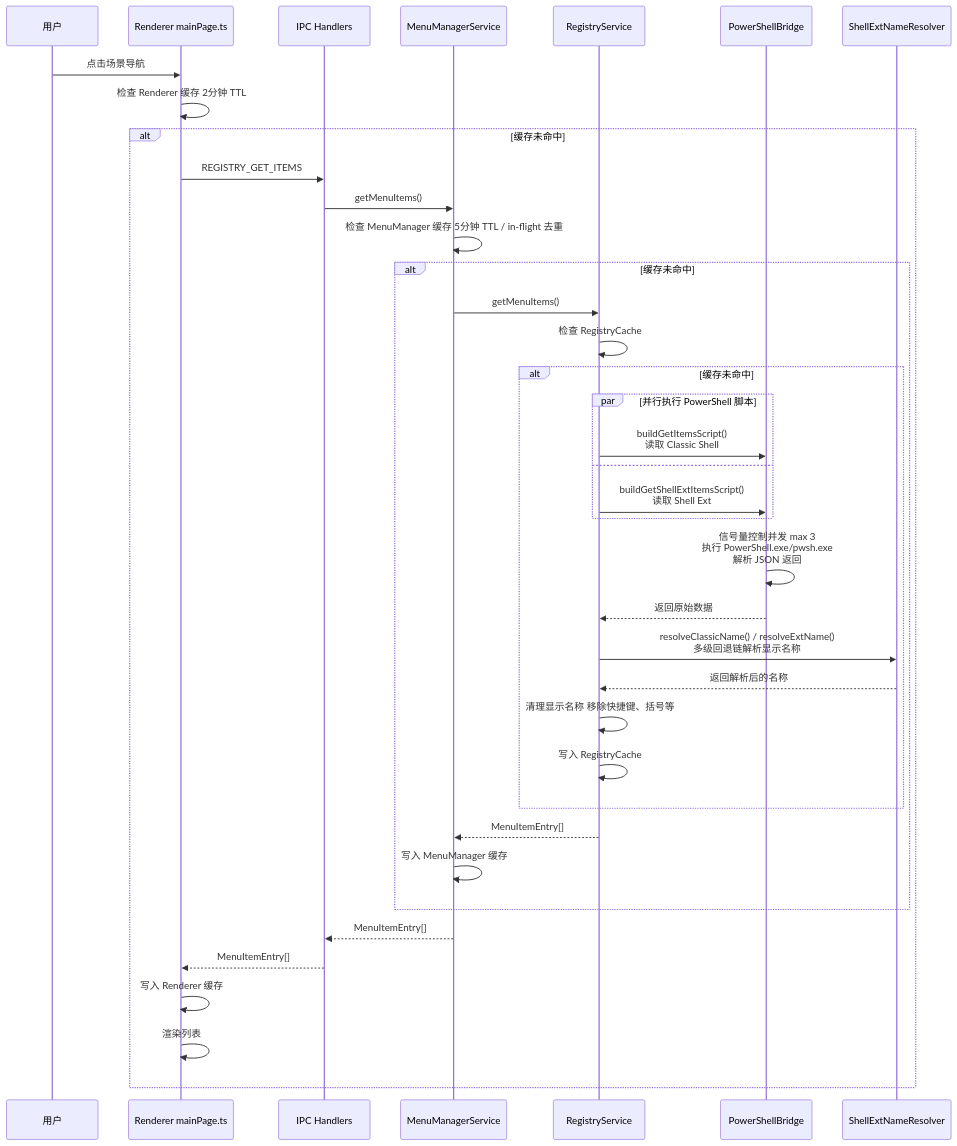
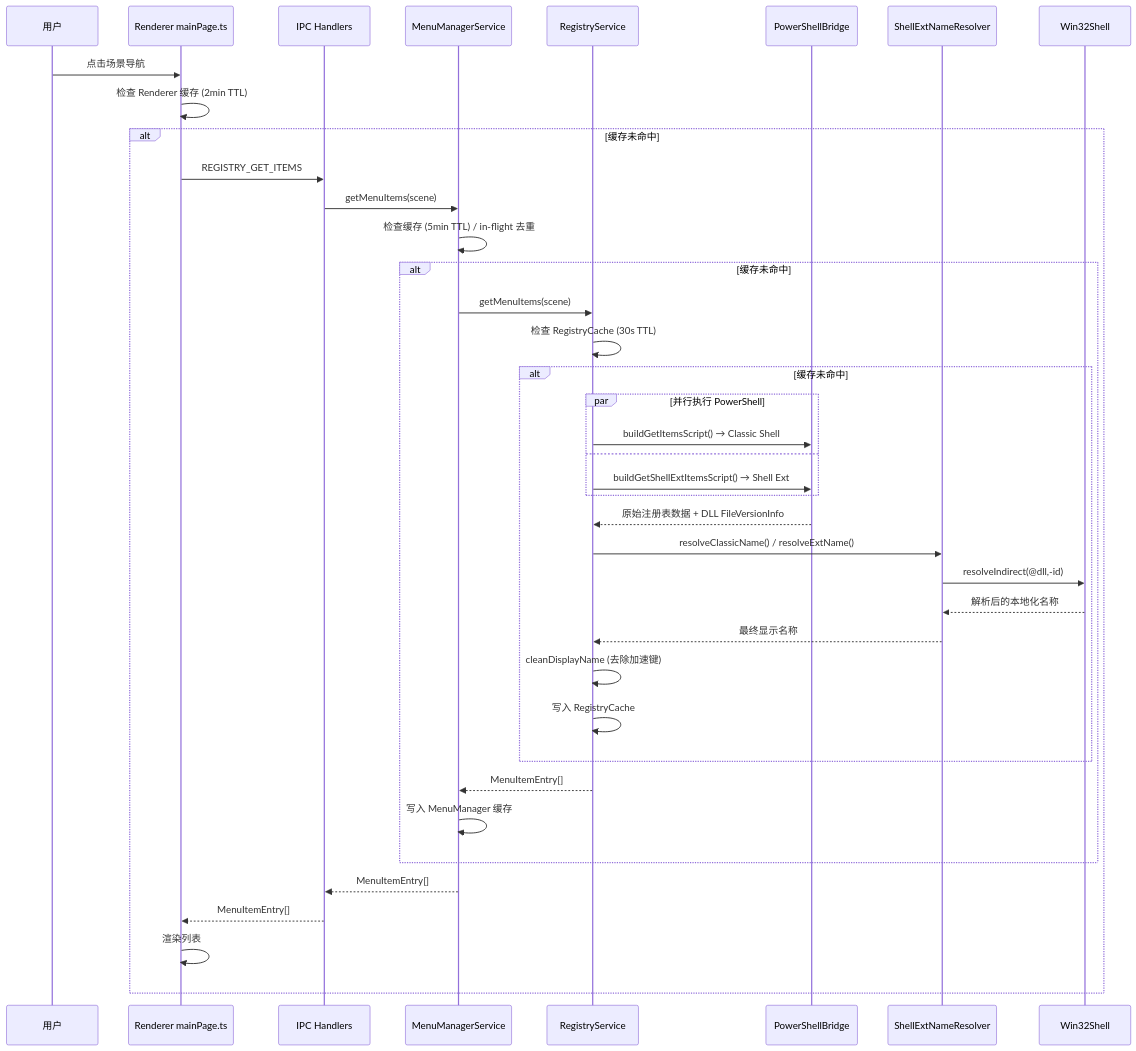
One commit to tzzs/ContextMaster changed the second of 2 diagrams in docs/context-menu-parsing-logic.md. Above: the diagram before and after it, drawn with Mermaid. The commit also changed other lines of this file, not shown here.

First line of the commit message:
docs: 全面更新 context-menu-parsing-logic.md 与当前实现对齐

````diff
--- a/docs/context-menu-parsing-logic.md
+++ b/docs/context-menu-parsing-logic.md
@@ -33,41 +35,42 @@
 ```mermaid
 sequenceDiagram
     participant User as 用户
     participant R as Renderer mainPage.ts
     participant I as IPC Handlers
     participant M as MenuManagerService
     participant S as RegistryService
     participant P as PowerShellBridge
     participant N as ShellExtNameResolver
+    participant W as Win32Shell
 
     User->>R: 点击场景导航
-    R->>R: 检查 Renderer 缓存 2分钟 TTL
+    R->>R: 检查 Renderer 缓存 (2min TTL)
     alt 缓存未命中
         R->>I: REGISTRY_GET_ITEMS
-        I->>M: getMenuItems()
-        M->>M: 检查 MenuManager 缓存 5分钟 TTL / in-flight 去重
+        I->>M: getMenuItems(scene)
+        M->>M: 检查缓存 (5min TTL) / in-flight 去重
         alt 缓存未命中
-            M->>S: getMenuItems()
-            S->>S: 检查 RegistryCache
+            M->>S: getMenuItems(scene)
+            S->>S: 检查 RegistryCache (30s TTL)
             alt 缓存未命中
-                par 并行执行 PowerShell 脚本
-                    S->>P: buildGetItemsScript()<br/>读取 Classic Shell
+                par 并行执行 PowerShell
+                    S->>P: buildGetItemsScript() → Classic Shell
                 and
-                    S->>P: buildGetShellExtItemsScript()<br/>读取 Shell Ext
+                    S->>P: buildGetShellExtItemsScript() → Shell Ext
                 end
-                P->>P: 信号量控制并发 max 3<br/>执行 PowerShell.exe/pwsh.exe<br/>解析 JSON 返回
-                P-->>S: 返回原始数据
-                S->>N: resolveClassicName() / resolveExtName()<br/>多级回退链解析显示名称
-                N-->>S: 返回解析后的名称
-                S->>S: 清理显示名称 移除快捷键、括号等
+                P-->>S: 原始注册表数据 + DLL FileVersionInfo
+                S->>N: resolveClassicName() / resolveExtName()
+                N->>W: resolveIndirect(@dll,-id)
+                W-->>N: 解析后的本地化名称
+                N-->>S: 最终显示名称
+                S->>S: cleanDisplayName (去除加速键)
                 S->>S: 写入 RegistryCache
             end
             S-->>M: MenuItemEntry[]
             M->>M: 写入 MenuManager 缓存
         end
         M-->>I: MenuItemEntry[]
         I-->>R: MenuItemEntry[]
-        R->>R: 写入 Renderer 缓存
         R->>R: 渲染列表
     end
 ```
````
